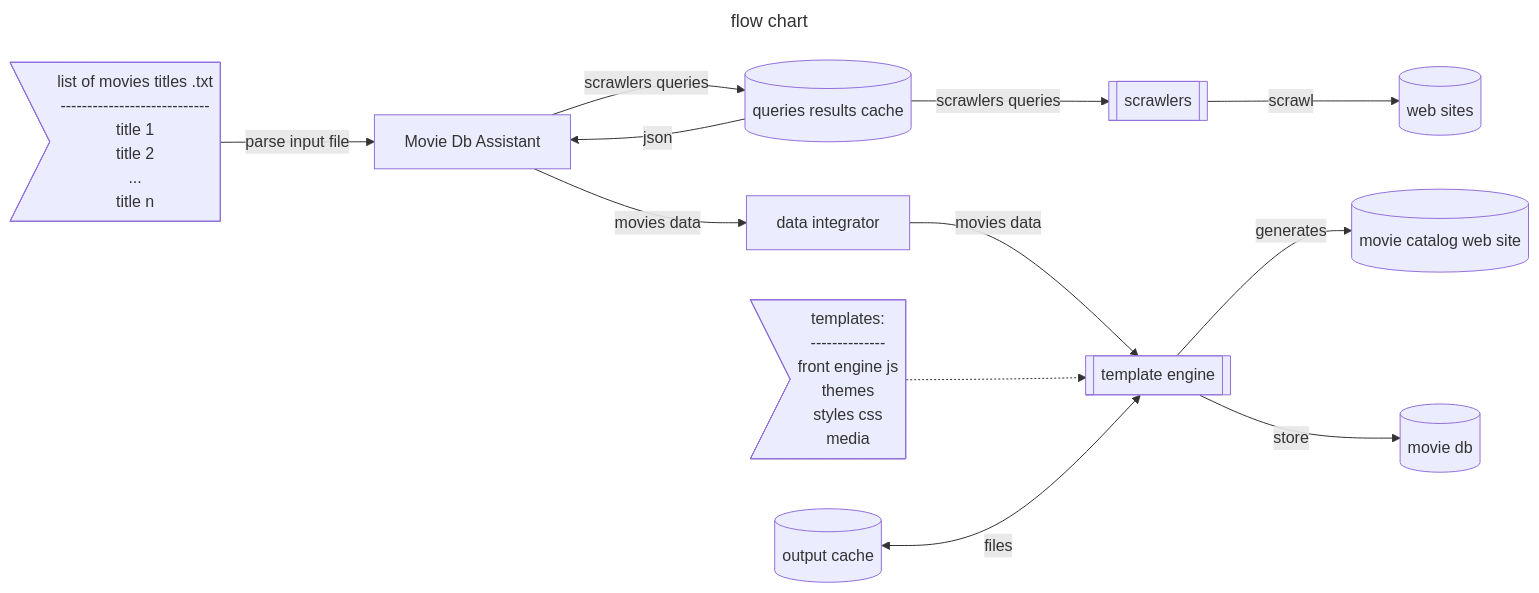
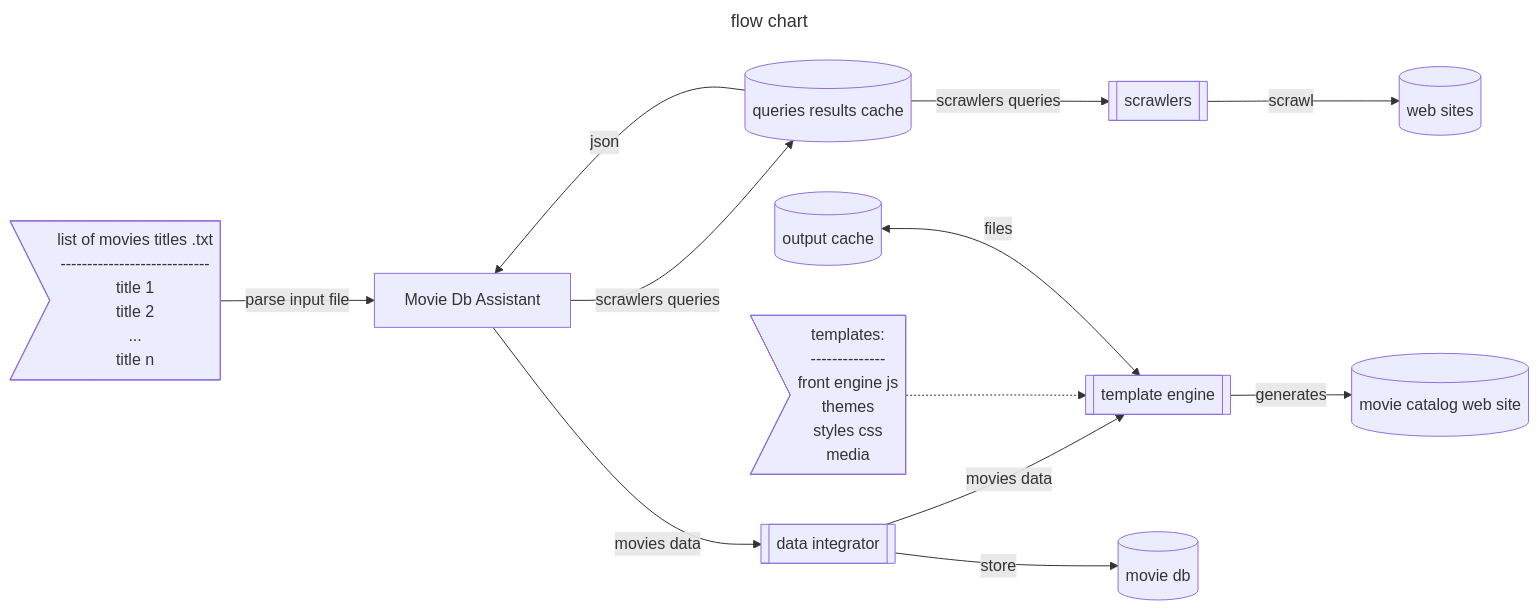
Before and after one commit to franck-gaspoz/MovieDbAssistant: the diagram in README.md, drawn with Mermaid.

````diff
--- a/README.md
+++ b/README.md
@@ -18,37 +18,37 @@
 ```mermaid
 ---
 title: flow chart
 ---
     flowchart LR
 
     txt>list of movies titles .txt<br>----------------------------<br>title 1<br>title 2<br>...<br>title n<br>]
     mdba[Movie Db Assistant]
     scrawlers[[scrawlers]]
     websites[(web sites)]
     tple[[template engine]]
     tpls>templates:<br>--------------<br>front engine js<br>themes<br>styles css<br>media]
     mvc[(movie catalog web site)]
     qrc[(queries results cache)]
-    dit[data integrator]
+    dit[[data integrator]]
     oc[(output cache)]
     mdb[(movie db)]
 
     txt-- parse input file -->mdba
 
     mdba-- scrawlers queries -->qrc
     mdba-- movies data -->dit
 
     dit-- movies data -->tple
-    
+    dit-- store -->mdb 
+
     qrc-- json -->mdba
     qrc-- scrawlers queries -->scrawlers
 
     scrawlers-- scrawl -->websites 
 
     tpls-.->tple
 
     tple-- generates -->mvc 
-    tple-- store -->mdb 
     
     oc<-- files -->tple
 ```
````
